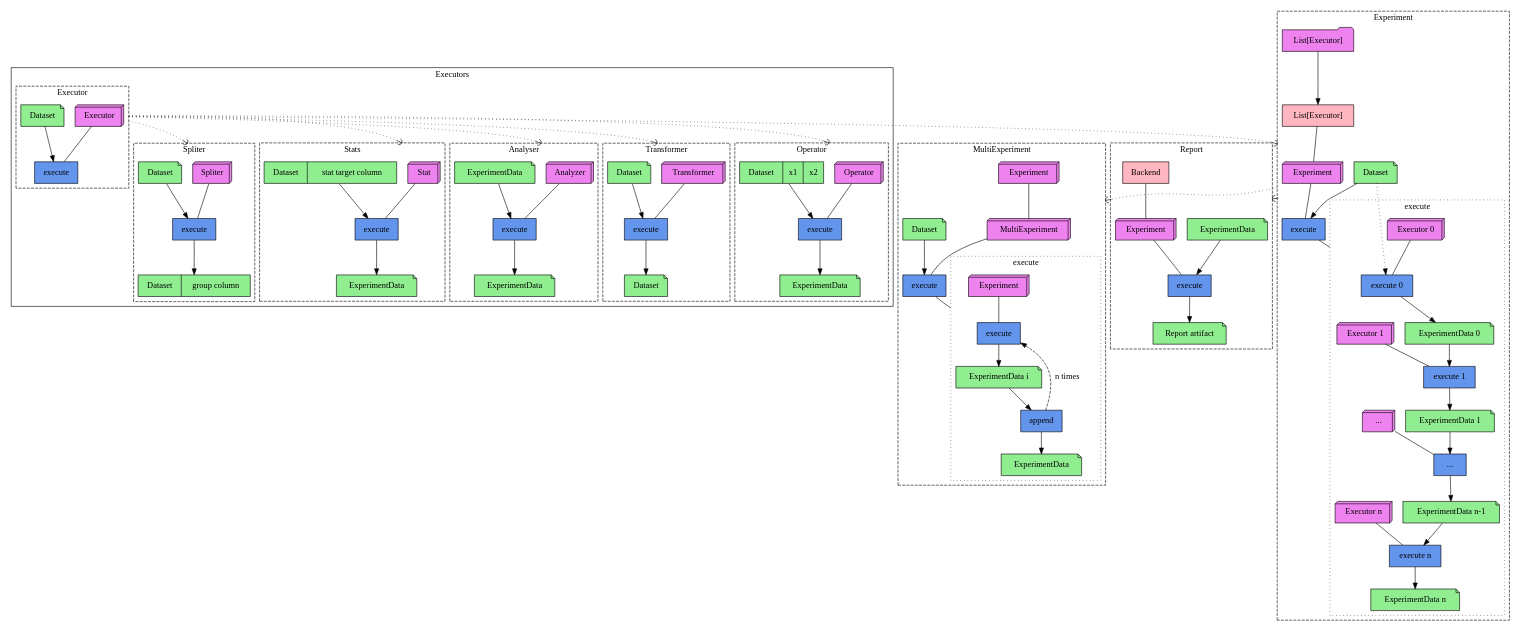
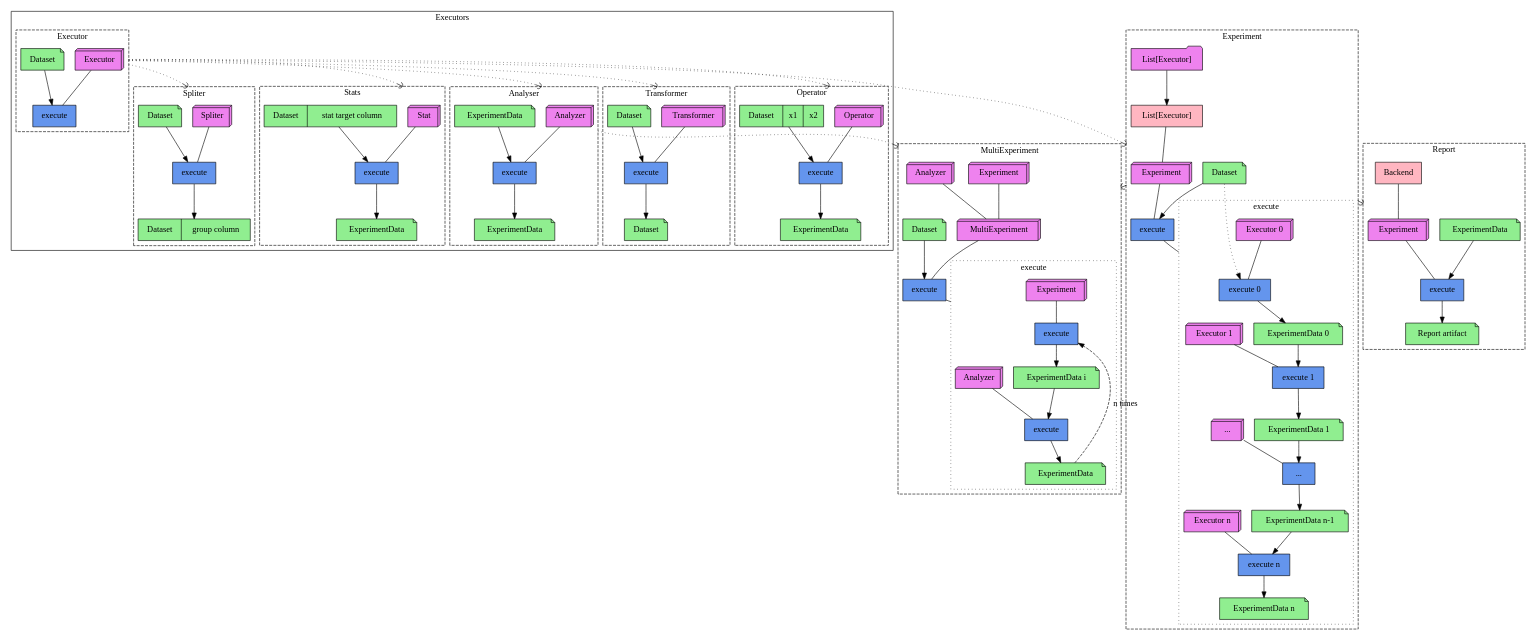
The diagram in schemes/architecture.dot (sb-ai-lab/HypEx), drawn with Graphviz before and after one commit. The commit also changed 1 other file, not shown here.

Commit message:
New multiexperiment scheme

```diff
--- a/schemes/architecture.dot
+++ b/schemes/architecture.dot
@@ -15,8 +15,10 @@
         experiment_executor_n_in_list[label="Executor n"]
         // -------
         multiexperiment_experiment[label="Experiment"]
+        multiexperiment_analyzer[label="Analyzer"]
         multiexperiment[label="MultiExperiment"]
-        multiexperiment_execte_experiment[label="Experiment"]
+        multiexperiment_execute_experiment[label="Experiment"]
+        multiexperiment_execute_analyzer[label="Analyzer"]
         // -------
         spliter_executor[label="Spliter"]
         // -------
@@ -43,7 +45,7 @@
         // -------
         multiexperiment_execute[label="execute"]
         multiexperiment_executor_execute[label="execute"]
-        multiexperiment_execute_data_append[label="append"]
+        multiexperiment_analyzer_execute[label="execute"]
         // -------
         spliter_execute[label="execute"]
         // -------
@@ -220,19 +222,21 @@
 
     subgraph cluster_multiexperiment{
         graph[style=dashed, label="MultiExperiment"]
-        multiexperiment_experiment -> multiexperiment [arrowhead=none]
+        {multiexperiment_experiment multiexperiment_analyzer} -> multiexperiment [arrowhead=none]
         multiexperiment -> multiexperiment_execute [arrowhead=none]
         multiexperiment_data -> multiexperiment_execute
 
         subgraph cluster_multiexperiment_execute{
             graph[style=dotted, label="execute"]
             
-            multiexperiment_execte_experiment -> multiexperiment_executor_execute [arrowhead=none]
+            multiexperiment_execute_experiment -> multiexperiment_executor_execute [arrowhead=none]
+            multiexperiment_execute_analyzer -> multiexperiment_analyzer_execute [arrowhead=none]
             multiexperiment_executor_execute -> multiexperiment_executor_experiment_data
-            multiexperiment_executor_experiment_data -> multiexperiment_execute_data_append
-            multiexperiment_execute_data_append -> multiexperiment_executor_result_data
+            multiexperiment_executor_experiment_data -> multiexperiment_analyzer_execute
 
-            multiexperiment_execute_data_append -> multiexperiment_executor_execute [
+            multiexperiment_analyzer_execute -> multiexperiment_executor_result_data
+
+            multiexperiment_executor_result_data -> multiexperiment_executor_execute [
                 style=dashed
                 label="n times"
             ]
@@ -243,6 +247,13 @@
             lhead=cluster_multiexperiment_execute
         ]
     }
+
+    analyzer_executor -> multiexperiment_analyzer [
+        style="dotted"
+        arrowhead=curve
+        ltail=cluster_analyser
+        lhead=cluster_multiexperiment
+    ]
 
     experiment_legend -> multiexperiment [
         style="dotted"
```
